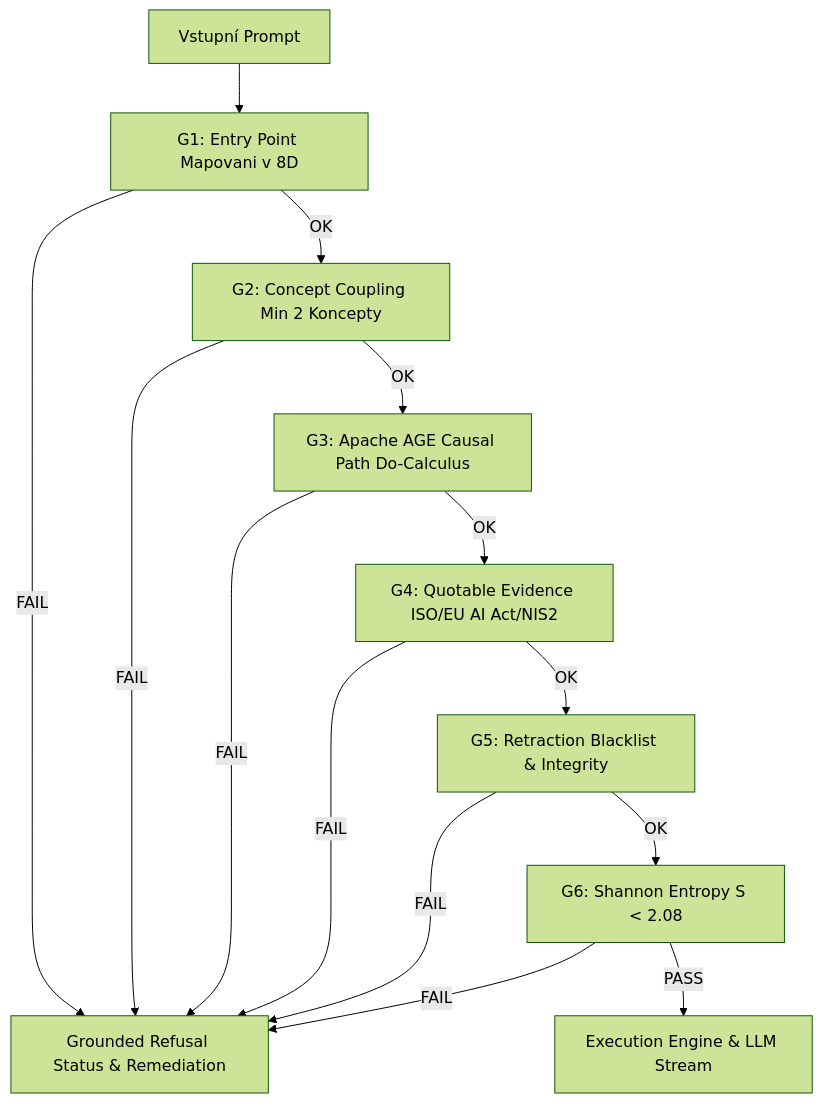
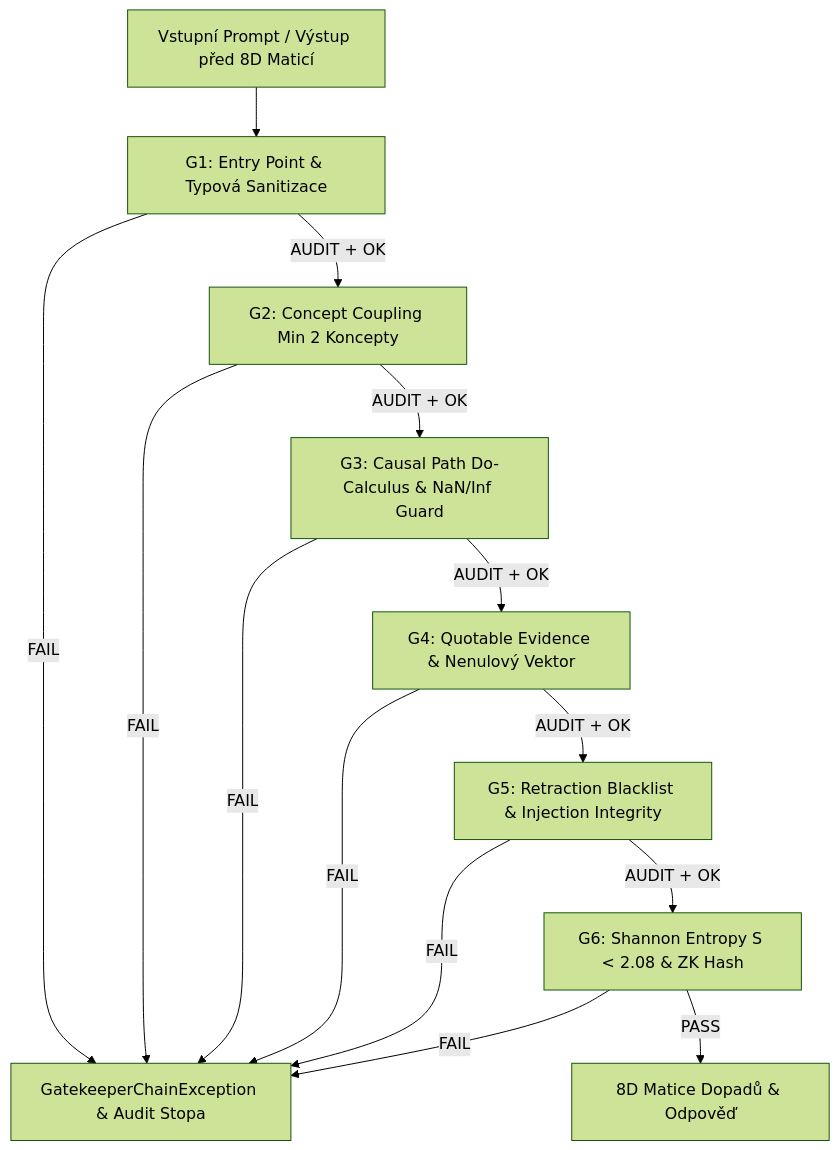
One commit to suseto-ui/OMNIS_00 changed the second of 2 diagrams in DOCUMENTATION.md. Above: the diagram before and after it, drawn with Mermaid (forest theme). The commit also changed other lines of this file and 35 other files, not shown here.

````diff
--- a/DOCUMENTATION.md
+++ b/DOCUMENTATION.md
@@ -52,18 +53,18 @@
 ```mermaid
 flowchart TD
-    INPUT[Vstupní Prompt] --> G1[G1: Entry Point Mapovani v 8D]
-    G1 -->|OK| G2[G2: Concept Coupling Min 2 Koncepty]
-    G2 -->|OK| G3[G3: Apache AGE Causal Path Do-Calculus]
-    G3 -->|OK| G4[G4: Quotable Evidence ISO/EU AI Act/NIS2]
-    G4 -->|OK| G5[G5: Retraction Blacklist & Integrity]
-    G5 -->|OK| G6[G6: Shannon Entropy S < 2.08]
+    INPUT[Vstupní Prompt / Výstup před 8D Maticí] --> G1[G1: Entry Point & Typová Sanitizace]
+    G1 -->|AUDIT + OK| G2[G2: Concept Coupling Min 2 Koncepty]
+    G2 -->|AUDIT + OK| G3[G3: Causal Path Do-Calculus & NaN/Inf Guard]
+    G3 -->|AUDIT + OK| G4[G4: Quotable Evidence & Nenulový Vektor]
+    G4 -->|AUDIT + OK| G5[G5: Retraction Blacklist & Injection Integrity]
+    G5 -->|AUDIT + OK| G6[G6: Shannon Entropy S < 2.08 & ZK Hash]
 
-    G1 -->|FAIL| REF[Grounded Refusal Status & Remediation]
-    G2 -->|FAIL| REF
-    G3 -->|FAIL| REF
-    G4 -->|FAIL| REF
-    G5 -->|FAIL| REF
-    G6 -->|FAIL| REF
+    G1 -->|FAIL| EXC[GatekeeperChainException & Audit Stopa]
+    G2 -->|FAIL| EXC
+    G3 -->|FAIL| EXC
+    G4 -->|FAIL| EXC
+    G5 -->|FAIL| EXC
+    G6 -->|FAIL| EXC
 
-    G6 -->|PASS| EXEC[Execution Engine & LLM Stream]
+    G6 -->|PASS| MAT[8D Matice Dopadů & Odpověď]
 ```
````
